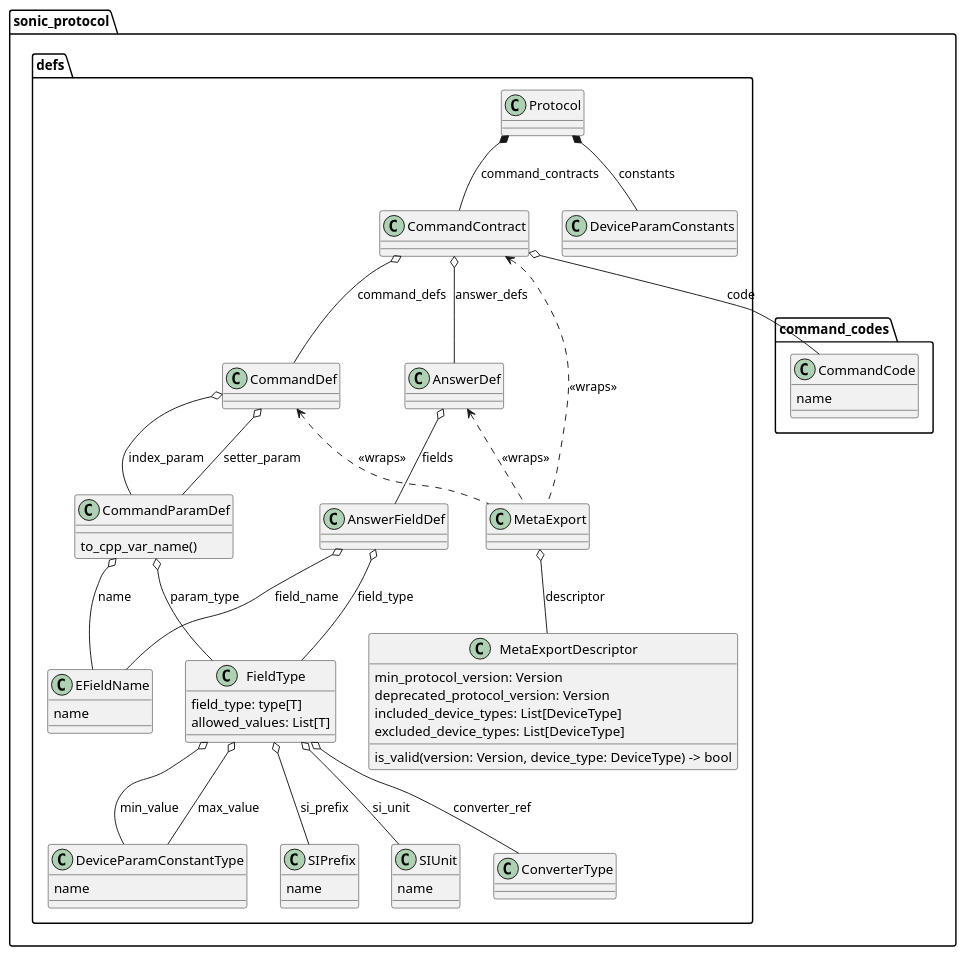
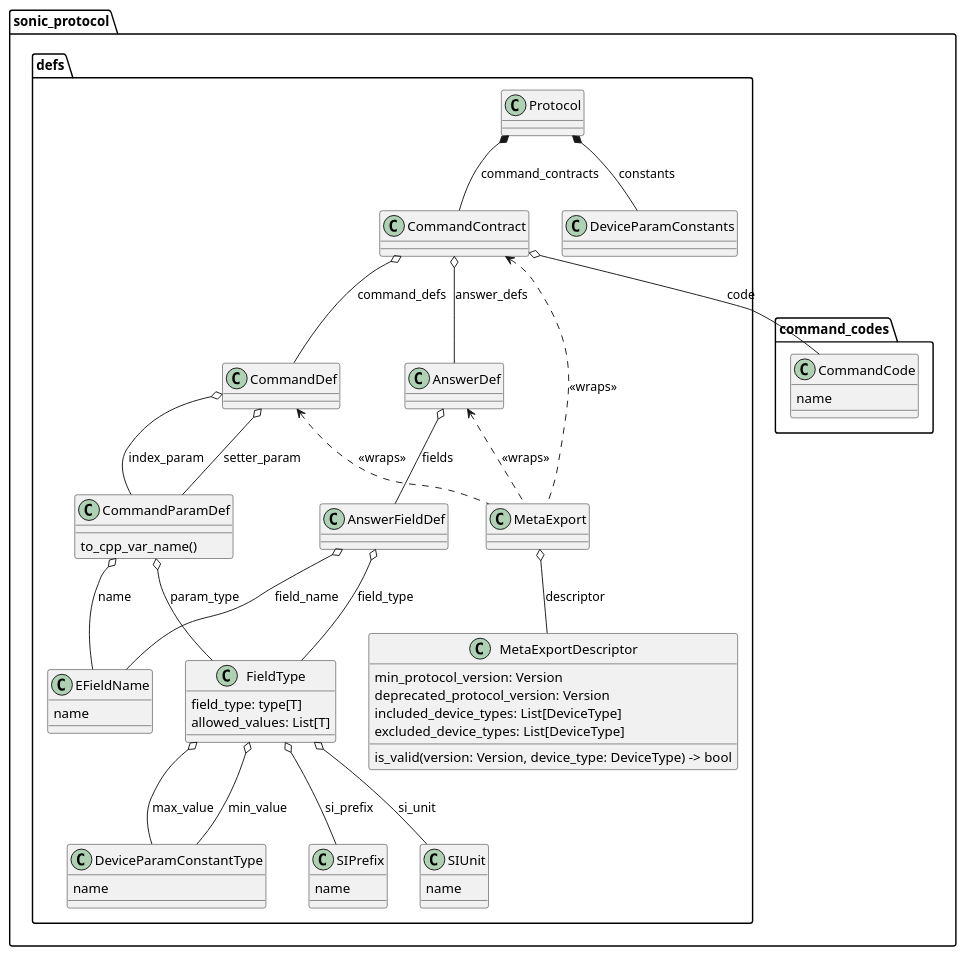
The diagram in docs/diagrams/sonic_protocol/defs.puml (usepat/SW-soniccontrol), drawn with PlantUML before and after one commit. The commit also changed 26 other files, not shown here.

Commit message:
removed ConverterRef because it is not needed anymore

```diff
--- a/docs/diagrams/sonic_protocol/defs.puml
+++ b/docs/diagrams/sonic_protocol/defs.puml
@@ -1,75 +1,74 @@
 @startuml classes_defs
 set separator . 
 top to bottom direction
 
 class "CommandCode" as sonic_protocol.command_codes.CommandCode {
   name
 }
 package sonic_protocol.defs {
     class AnswerDef {
     }
     class AnswerFieldDef {
     }
     class "CommandContract" {
     }
     class "CommandDef" {
     }
     class "CommandParamDef"{
     to_cpp_var_name()
     }
     class "DeviceParamConstantType" {
     name
     }
     class "DeviceParamConstants" {
     }
     class "EFieldName" {
     name
     }
     class "FieldType" {
         field_type: type[T]
         allowed_values: List[T]
     }
     class "MetaExport" {
     }
     class "MetaExportDescriptor" {
         min_protocol_version: Version 
         deprecated_protocol_version: Version
         included_device_types: List[DeviceType]
         excluded_device_types: List[DeviceType]
     is_valid(version: Version, device_type: DeviceType) -> bool
     }
     class "Protocol" {
     }
 
     class "SIPrefix"{
     name
     }
     class "SIUnit" {
     name
     }
 
     Protocol *-- CommandContract : command_contracts
     Protocol *-- DeviceParamConstants : constants
     CommandContract o-- CommandDef : command_defs
     CommandContract o-- AnswerDef : answer_defs
     CommandContract o-- CommandCode : code
     AnswerDef o-- AnswerFieldDef : fields
     AnswerFieldDef o-- EFieldName: field_name 
     AnswerFieldDef o-- FieldType: field_type 
     CommandDef o-- CommandParamDef: index_param
     CommandDef o-- CommandParamDef: setter_param
     CommandParamDef o-- EFieldName: name
     CommandParamDef o-- FieldType: param_type
     FieldType o-- SIUnit: si_unit
     FieldType o-- SIPrefix: si_prefix
-    FieldType o-- ConverterType: converter_ref
     FieldType o-- DeviceParamConstantType: max_value
     FieldType o-- DeviceParamConstantType: min_value
     MetaExport o-- MetaExportDescriptor: descriptor
 
     CommandContract <.. MetaExport : <<wraps>>
     AnswerDef <.. MetaExport : <<wraps>>
     CommandDef <.. MetaExport : <<wraps>>
 }
 
 @enduml
```
